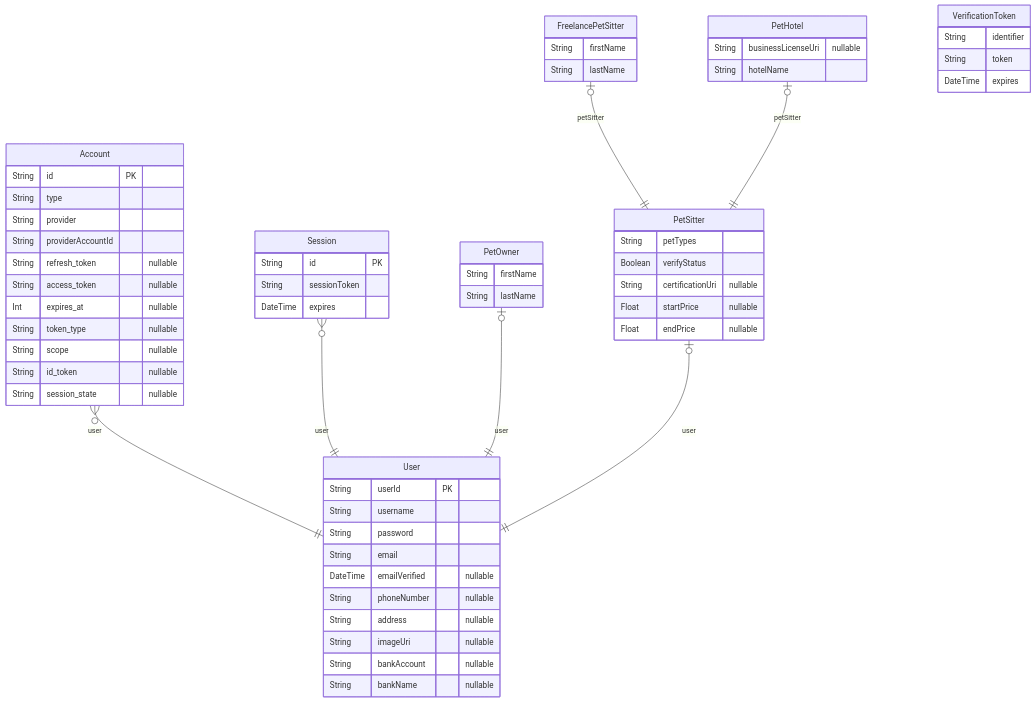
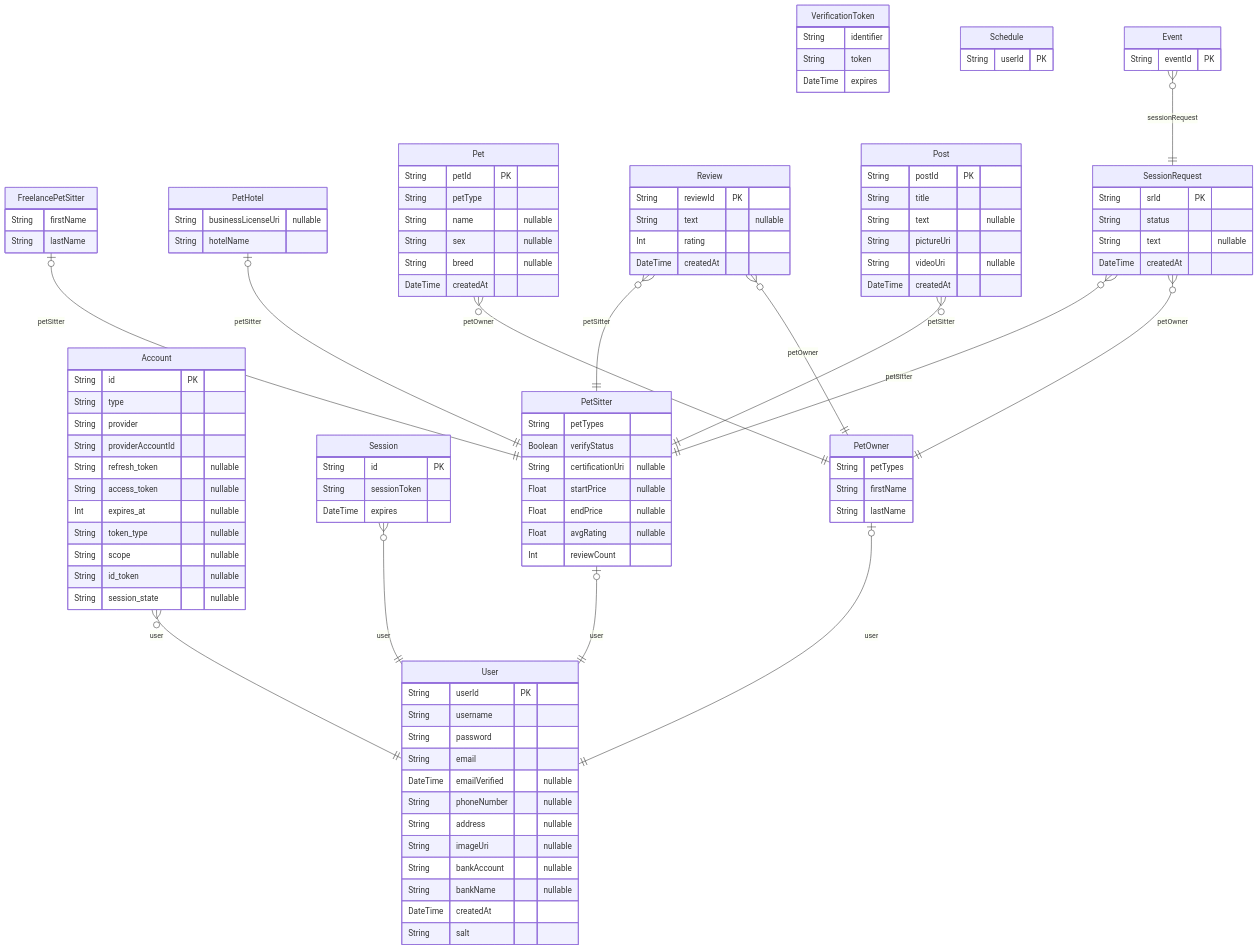
The diagram in docs/erd.md (2110336-2565-2/sec33-group2-wigglepaw), drawn with Mermaid before and after one commit. The commit also changed 2 other files, not shown here.

Commit message:
Update package

````diff
--- a/docs/erd.md
+++ b/docs/erd.md
@@ -34,10 +34,13 @@
     String imageUri  "nullable"
     String bankAccount  "nullable"
     String bankName  "nullable"
+    DateTime createdAt  
+    String salt  
     }
   
 
   PetOwner {
+    String petTypes  
     String firstName  
     String lastName  
     }
@@ -49,6 +52,8 @@
     String certificationUri  "nullable"
     Float startPrice  "nullable"
     Float endPrice  "nullable"
+    Float avgRating  "nullable"
+    Int reviewCount  
     }
   
 
@@ -64,10 +69,56 @@
     }
   
 
+  Pet {
+    String petId PK 
+    String petType  
+    String name  "nullable"
+    String sex  "nullable"
+    String breed  "nullable"
+    DateTime createdAt  
+    }
+  
+
   VerificationToken {
     String identifier  
     String token  
     DateTime expires  
+    }
+  
+
+  Review {
+    String reviewId PK 
+    String text  "nullable"
+    Int rating  
+    DateTime createdAt  
+    }
+  
+
+  Post {
+    String postId PK 
+    String title  
+    String text  "nullable"
+    String pictureUri  
+    String videoUri  "nullable"
+    DateTime createdAt  
+    }
+  
+
+  SessionRequest {
+    String srId PK 
+    String status  
+    String text  "nullable"
+    DateTime createdAt  
+    }
+  
+
+  Schedule {
+    String userId PK 
+    }
+  
+
+  Event {
+    String eventId PK 
     }
   
     Account o{--|| User : "user"
@@ -76,4 +127,11 @@
     PetSitter o|--|| User : "user"
     FreelancePetSitter o|--|| PetSitter : "petSitter"
     PetHotel o|--|| PetSitter : "petSitter"
+    Pet o{--|| PetOwner : "petOwner"
+    Review o{--|| PetOwner : "petOwner"
+    Review o{--|| PetSitter : "petSitter"
+    Post o{--|| PetSitter : "petSitter"
+    SessionRequest o{--|| PetOwner : "petOwner"
+    SessionRequest o{--|| PetSitter : "petSitter"
+    Event o{--|| SessionRequest : "sessionRequest"
 ```
````
